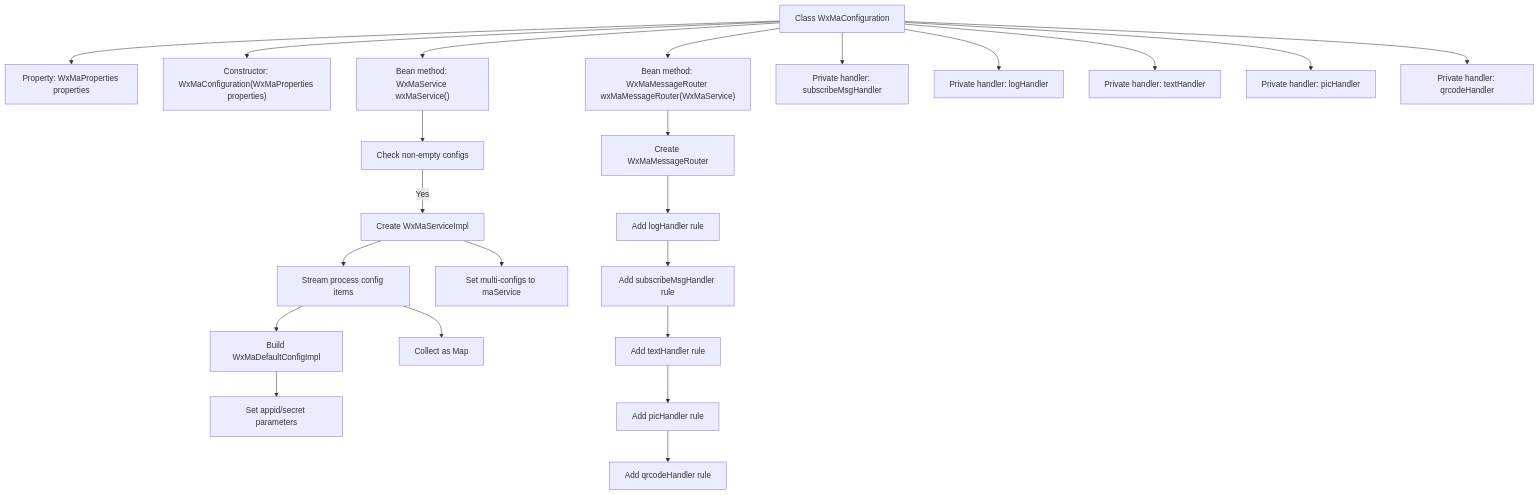
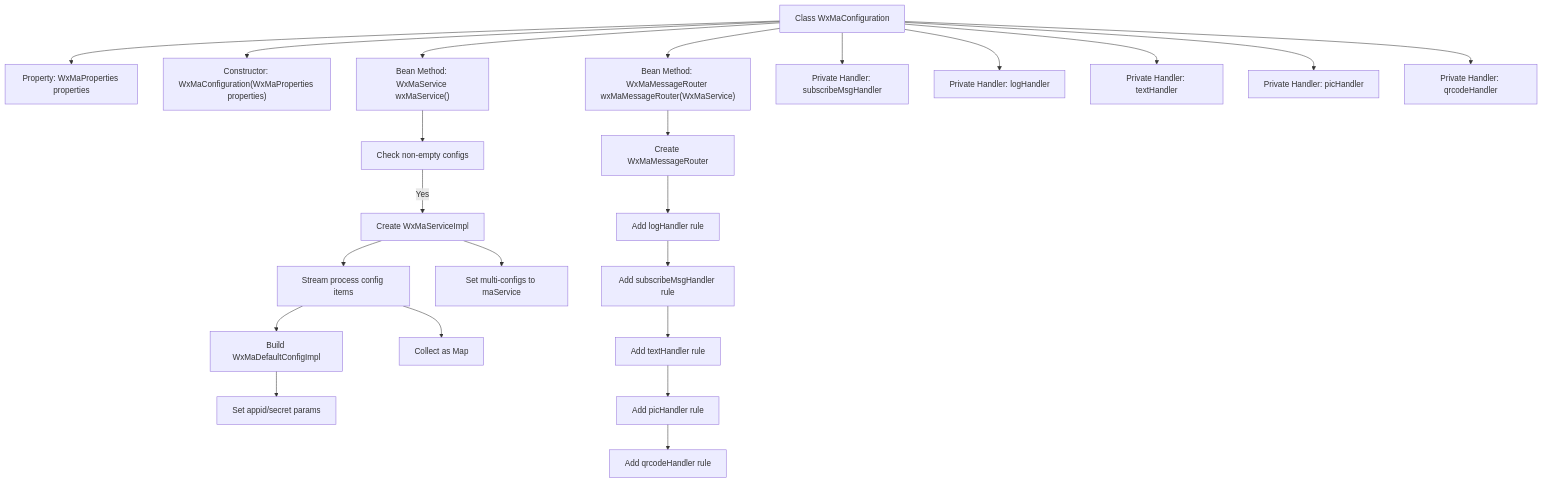
One commit to v-wjrong/rongwj666_weixin-java-miniapp-demo changed the second of 3 diagrams in docs/en/docs/src/main/java/com/github/binarywang/demo/wx/miniapp/config/WxMaConfiguration.md. Above: the diagram before and after it, drawn with Mermaid. The commit also changed other lines of this file and 37 other files, not shown here.

````diff
--- a/docs/en/docs/src/main/java/com/github/binarywang/demo/wx/miniapp/config/WxMaConfiguration.md
+++ b/docs/en/docs/src/main/java/com/github/binarywang/demo/wx/miniapp/config/WxMaConfiguration.md
@@ -111,38 +111,38 @@
 ```mermaid
 graph TD
     A["Class WxMaConfiguration"]
     B["Property: WxMaProperties properties"]
     C["Constructor: WxMaConfiguration(WxMaProperties properties)"]
-    D["Bean method: WxMaService wxMaService()"]
-    E["Bean method: WxMaMessageRouter wxMaMessageRouter(WxMaService)"]
-    F["Private handler: subscribeMsgHandler"]
-    G["Private handler: logHandler"]
-    H["Private handler: textHandler"]
-    I["Private handler: picHandler"]
-    J["Private handler: qrcodeHandler"]
+    D["Bean Method: WxMaService wxMaService()"]
+    E["Bean Method: WxMaMessageRouter wxMaMessageRouter(WxMaService)"]
+    F["Private Handler: subscribeMsgHandler"]
+    G["Private Handler: logHandler"]
+    H["Private Handler: textHandler"]
+    I["Private Handler: picHandler"]
+    J["Private Handler: qrcodeHandler"]
 
     A --> B
     A --> C
     A --> D
     A --> E
     A --> F
     A --> G
     A --> H
     A --> I
     A --> J
 
     D --> D1["Check non-empty configs"]
     D1 -->|Yes| D2["Create WxMaServiceImpl"]
     D2 --> D3["Stream process config items"]
     D3 --> D4["Build WxMaDefaultConfigImpl"]
-    D4 --> D5["Set appid/secret parameters"]
+    D4 --> D5["Set appid/secret params"]
     D3 --> D6["Collect as Map<appid,config>"]
     D2 --> D7["Set multi-configs to maService"]
 
     E --> E1["Create WxMaMessageRouter"]
     E1 --> E2["Add logHandler rule"]
     E2 --> E3["Add subscribeMsgHandler rule"]
     E3 --> E4["Add textHandler rule"]
     E4 --> E5["Add picHandler rule"]
     E5 --> E6["Add qrcodeHandler rule"]
 ```
````
